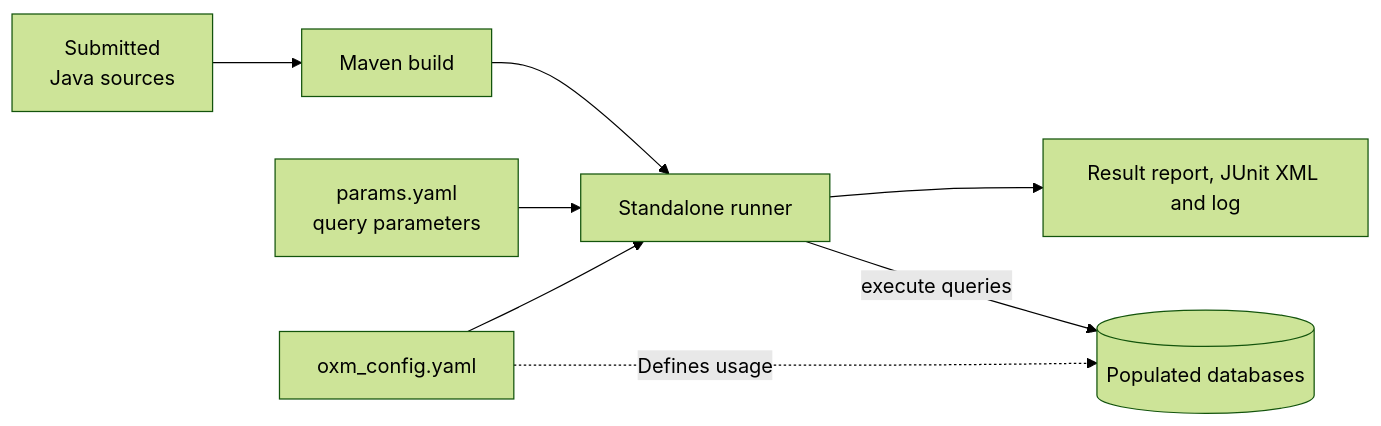
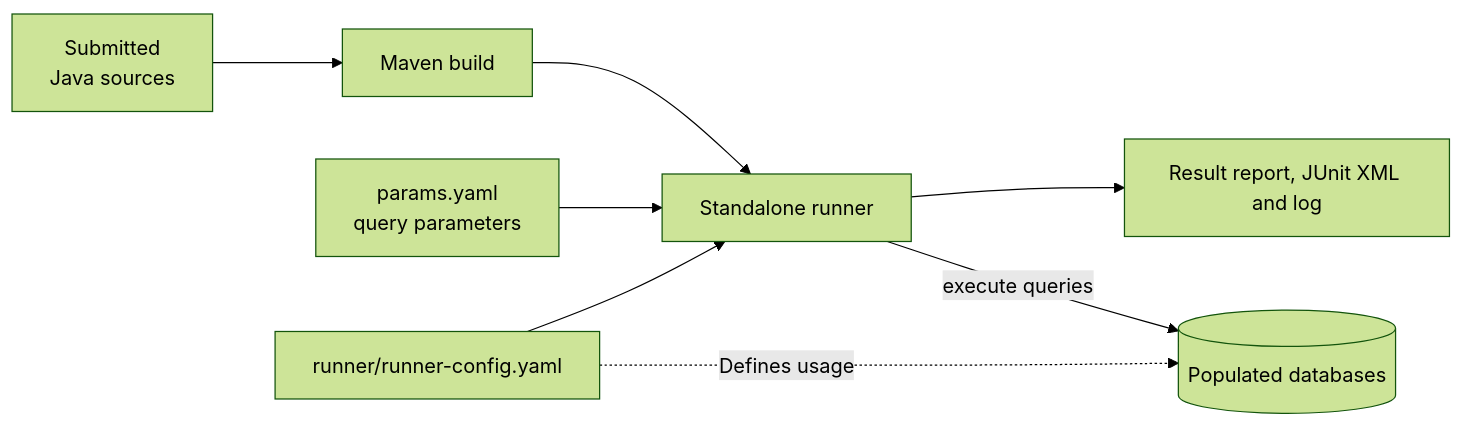
One commit to SimekJan/oxm-benchmark changed the first of 3 diagrams in docs/RUNNER_ARCHITECTURE.md. Above: the diagram before and after it, drawn with Mermaid (forest theme). The commit also changed other lines of this file and 9 other files, not shown here.

Commit message:
Add Config Loader to the Runner

````diff
--- a/docs/RUNNER_ARCHITECTURE.md
+++ b/docs/RUNNER_ARCHITECTURE.md
@@ -7,11 +7,11 @@
 ```mermaid
 flowchart LR
     DB[("Populated databases")]
     SRC["Submitted<br/>Java sources"] --> BUILD["Maven build"]
     BUILD --> RUN["Standalone runner"]
     PARAMS["params.yaml<br/>query parameters"] --> RUN
-    CONFIG["oxm_config.yaml"] -. Defines usage .-> DB
+    CONFIG["runner/runner-config.yaml"] -. Defines usage .-> DB
     CONFIG --> RUN
     RUN -->|execute queries| DB
     RUN --> OUT["Result report, JUnit XML and log"]
 ```
````
